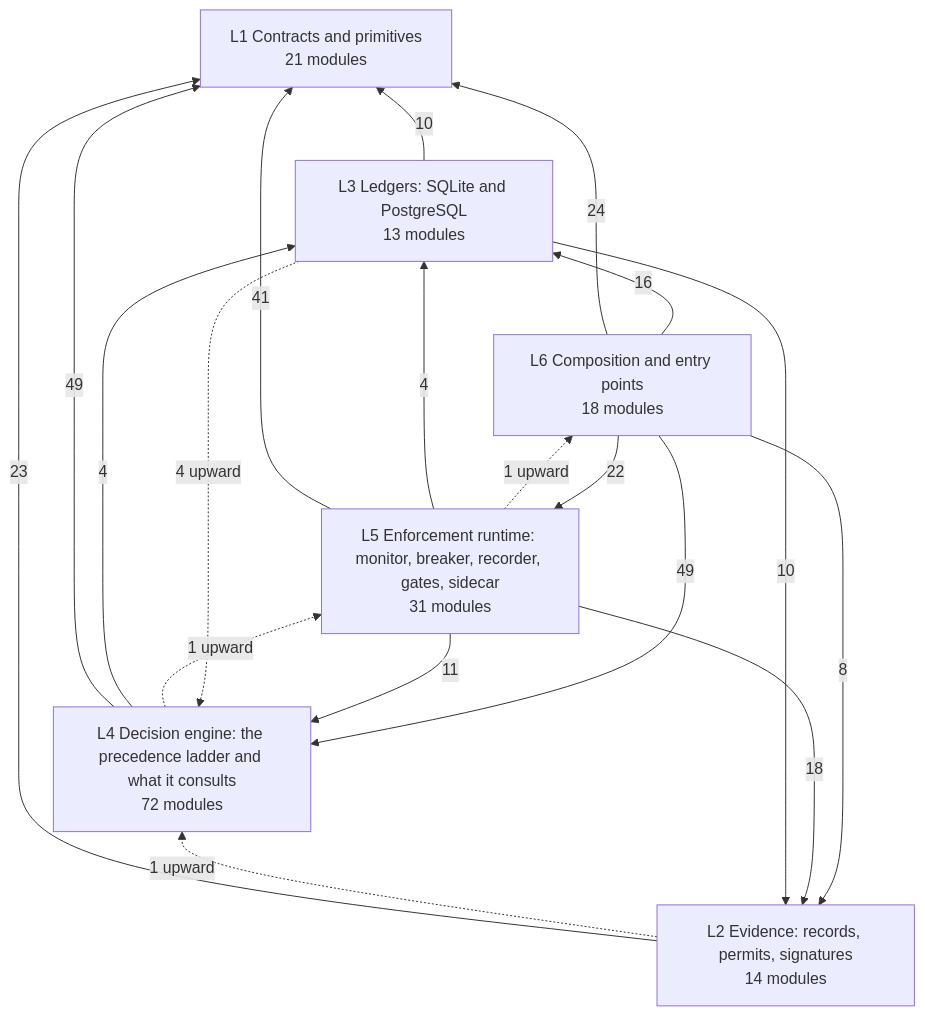
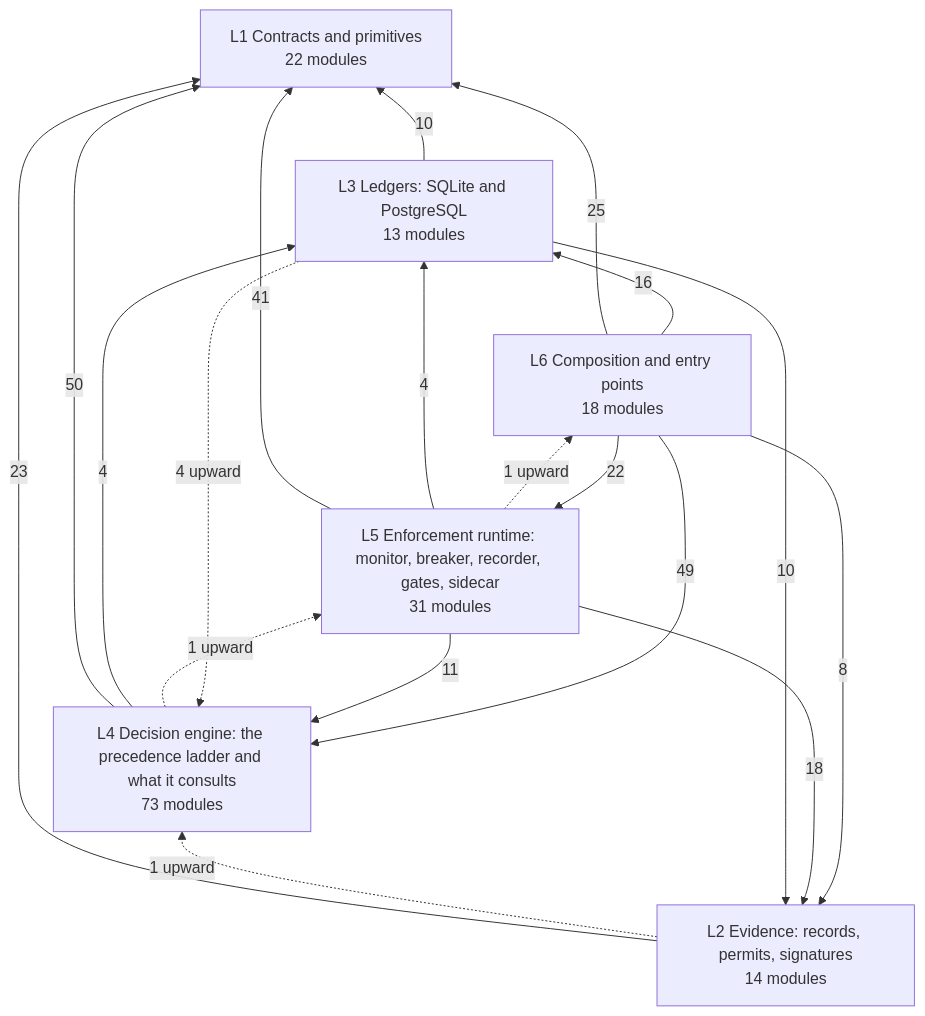
Before and after one commit to LOLA0786/privatevault-agent-dna: the diagram in docs/architecture/DEPENDENCIES.md, drawn with Mermaid. The commit also changed other lines of this file and 26 other files, not shown here.

````diff
--- a/docs/architecture/DEPENDENCIES.md
+++ b/docs/architecture/DEPENDENCIES.md
@@ -12,27 +12,27 @@
 ```mermaid
 flowchart BT
-  L1["L1 Contracts and primitives<br/>21 modules"]
+  L1["L1 Contracts and primitives<br/>22 modules"]
   L2["L2 Evidence: records, permits, signatures<br/>14 modules"]
   L3["L3 Ledgers: SQLite and PostgreSQL<br/>13 modules"]
-  L4["L4 Decision engine: the precedence ladder and what it consults<br/>72 modules"]
+  L4["L4 Decision engine: the precedence ladder and what it consults<br/>73 modules"]
   L5["L5 Enforcement runtime: monitor, breaker, recorder, gates, sidecar<br/>31 modules"]
   L6["L6 Composition and entry points<br/>18 modules"]
   L2 -->|23| L1
   L3 -->|10| L1
   L3 -->|10| L2
-  L4 -->|49| L1
+  L4 -->|50| L1
   L4 -->|4| L3
   L5 -->|41| L1
   L5 -->|18| L2
   L5 -->|4| L3
   L5 -->|11| L4
-  L6 -->|24| L1
+  L6 -->|25| L1
   L6 -->|8| L2
   L6 -->|16| L3
   L6 -->|49| L4
   L6 -->|22| L5
   L2 -.->|1 upward| L4
   L3 -.->|4 upward| L4
   L4 -.->|1 upward| L5
   L5 -.->|1 upward| L6
 ```
````
